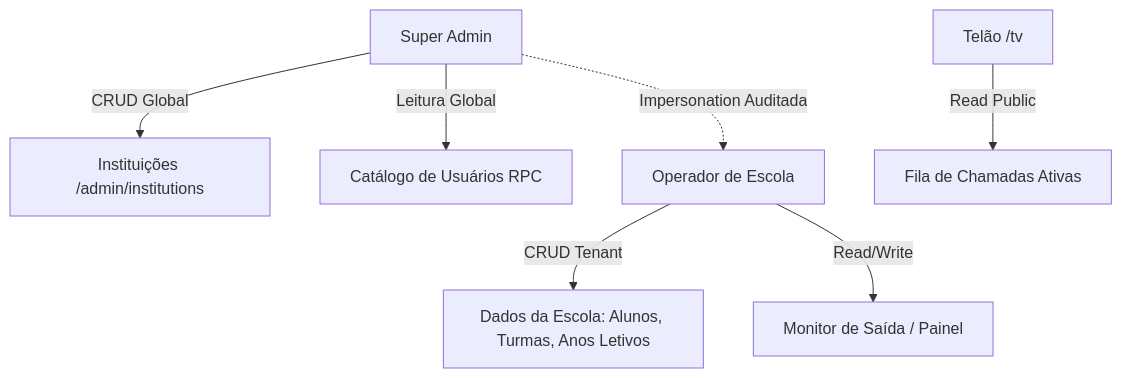
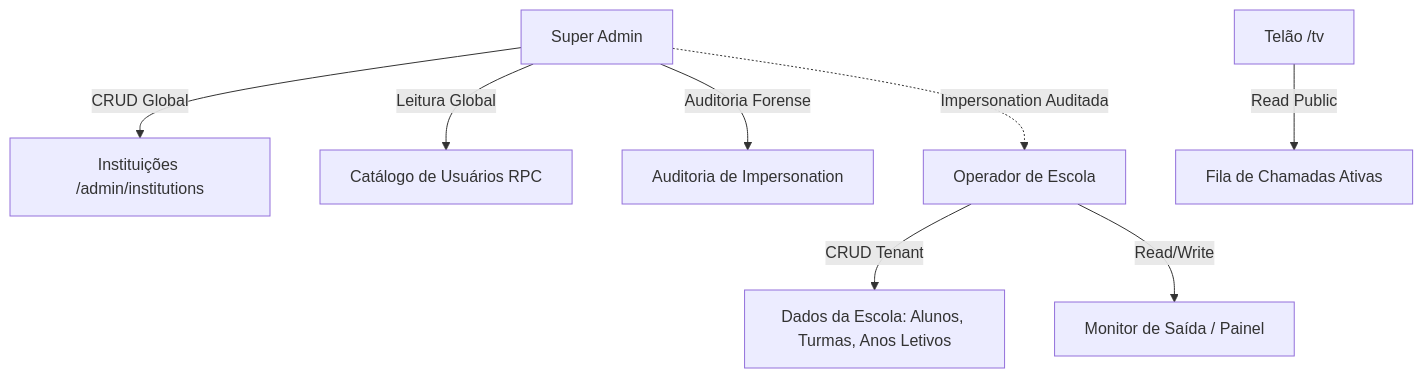
Before and after one commit to wesleytj/smart-exit-school: the diagram in docs/permissoes.md, drawn with Mermaid. The commit also changed other lines of this file and 3 other files, not shown here.

````diff
--- a/docs/permissoes.md
+++ b/docs/permissoes.md
@@ -21,9 +21,10 @@
 ```mermaid
 graph TD
     SA[Super Admin] --> |CRUD Global| Schools[Instituições /admin/institutions]
     SA --> |Leitura Global| Users[Catálogo de Usuários RPC]
+    SA --> |Auditoria Forense| Audit[Auditoria de Impersonation]
     SA -.-> |Impersonation Auditada| OP[Operador de Escola]
     OP --> |CRUD Tenant| OwnData[Dados da Escola: Alunos, Turmas, Anos Letivos]
     OP --> |Read/Write| Monitor[Monitor de Saída / Painel]
     TV[Telão /tv] --> |Read Public| Calls[Fila de Chamadas Ativas]
 ```
````
